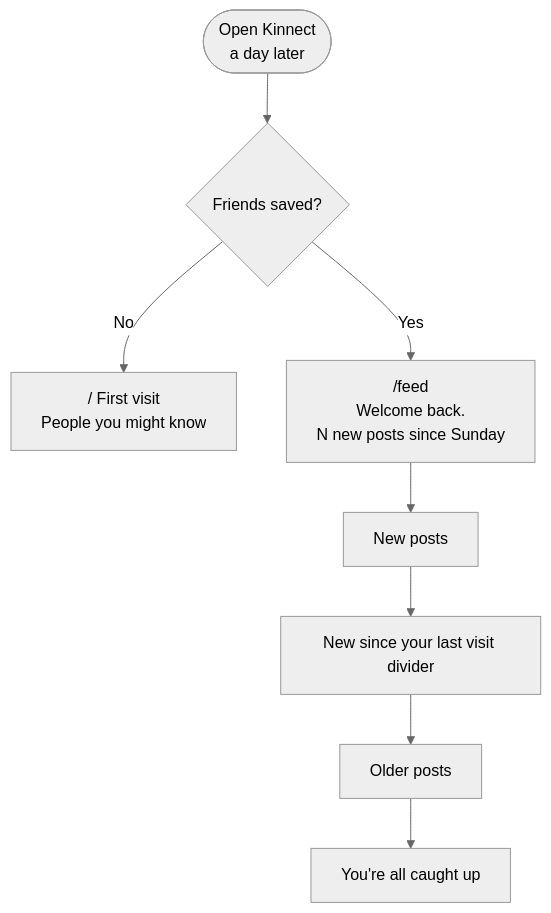
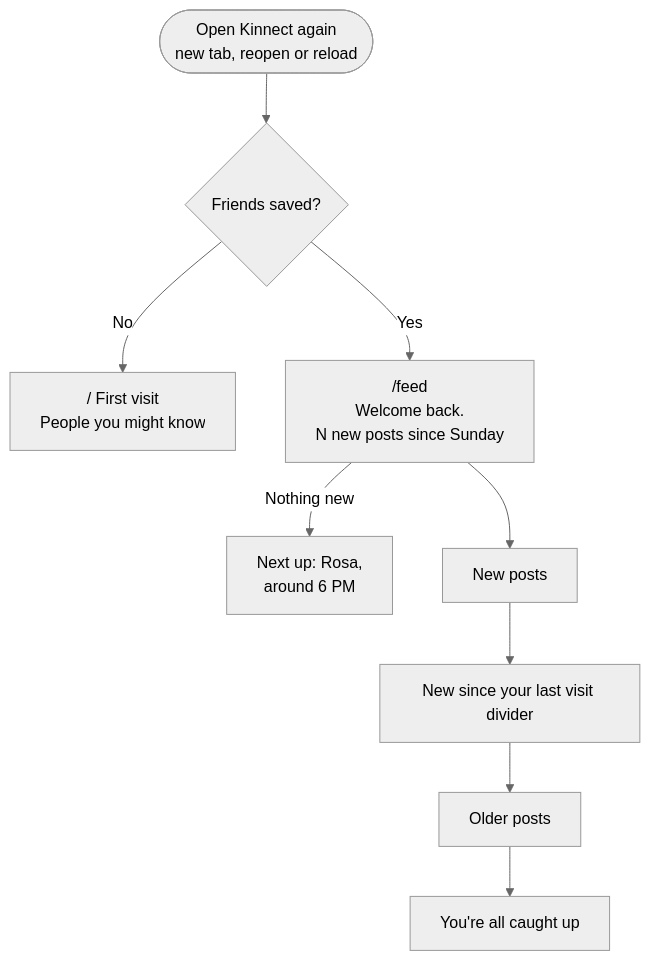
Before and after one commit to kenpiech/kinnect: the fourth of 5 diagrams in flows.md, drawn with Mermaid (neutral theme). The commit also changed 3 other files, not shown here.

````diff
--- a/flows.md
+++ b/flows.md
@@ -53,10 +53,11 @@
 ```mermaid
 flowchart TD
-    R([Open Kinnect<br/>a day later]) --> S{Friends saved?}
+    R([Open Kinnect again<br/>new tab, reopen or reload]) --> S{Friends saved?}
     S -->|No| W0["/ First visit<br/>People you might know"]
     S -->|Yes| W["/feed<br/>Welcome back.<br/>N new posts since Sunday"]
+    W -->|Nothing new| NX[Next up: Rosa,<br/>around 6 PM]
     W --> NEW[New posts]
     NEW --> DIV[New since your last visit divider]
     DIV --> OLD[Older posts]
     OLD --> CU[You're all caught up]
 ```
````
